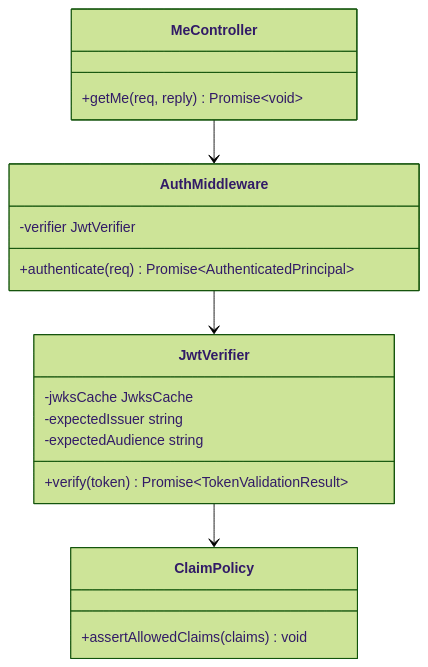
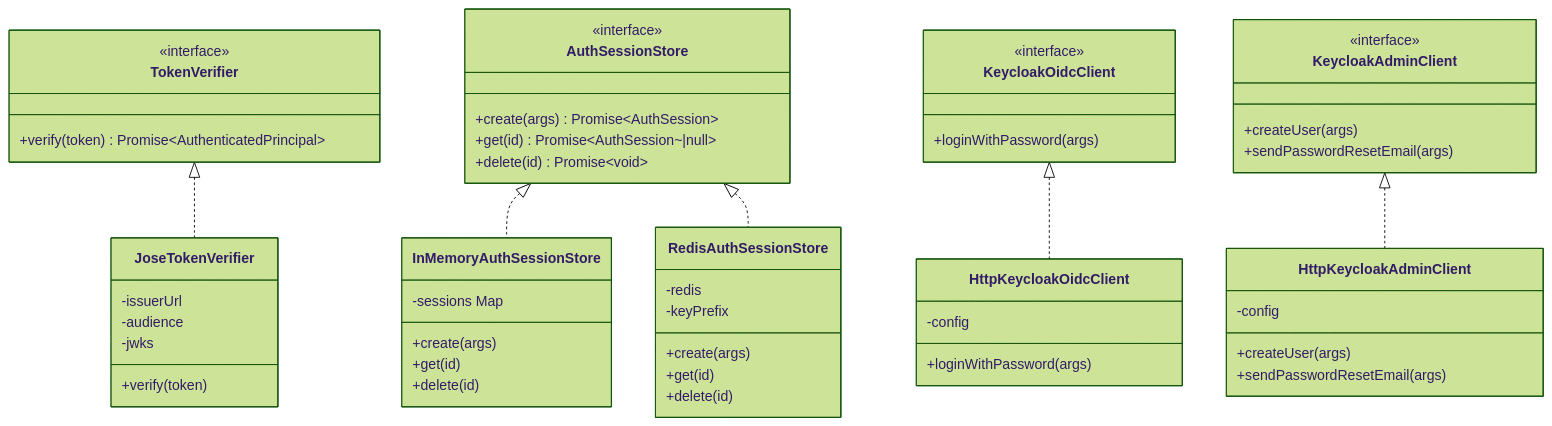
Before and after one commit to TommyKolb/GlossaDocs: the second of 2 diagrams in docs/architecture/modules/identity-access-module.md, drawn with Mermaid (forest theme). The commit also changed other lines of this file and 10 other files, not shown here.

````diff
--- a/docs/architecture/modules/identity-access-module.md
+++ b/docs/architecture/modules/identity-access-module.md
@@ -70,22 +214,55 @@
 ```mermaid
 classDiagram
-  class AuthMiddleware {
-    +authenticate(req) Promise~AuthenticatedPrincipal~
-    -verifier JwtVerifier
+  class TokenVerifier {
+    <<interface>>
+    +verify(token) Promise~AuthenticatedPrincipal~
   }
-  class JwtVerifier {
-    +verify(token) Promise~TokenValidationResult~
-    -jwksCache JwksCache
-    -expectedIssuer string
-    -expectedAudience string
+  class JoseTokenVerifier {
+    -issuerUrl
+    -audience
+    -jwks
+    +verify(token)
   }
-  class ClaimPolicy {
-    +assertAllowedClaims(claims) void
+  class AuthSessionStore {
+    <<interface>>
+    +create(args) Promise~AuthSession~
+    +get(id) Promise~AuthSession~|null~
+    +delete(id) Promise~void~
   }
-  class MeController {
-    +getMe(req, reply) Promise~void~
+  class InMemoryAuthSessionStore {
+    -sessions Map
+    +create(args)
+    +get(id)
+    +delete(id)
   }
-  AuthMiddleware --> JwtVerifier
-  JwtVerifier --> ClaimPolicy
-  MeController --> AuthMiddleware
+  class RedisAuthSessionStore {
+    -redis
+    -keyPrefix
+    +create(args)
+    +get(id)
+    +delete(id)
+  }
+  class KeycloakOidcClient {
+    <<interface>>
+    +loginWithPassword(args)
+  }
+  class HttpKeycloakOidcClient {
+    -config
+    +loginWithPassword(args)
+  }
+  class KeycloakAdminClient {
+    <<interface>>
+    +createUser(args)
+    +sendPasswordResetEmail(args)
+  }
+  class HttpKeycloakAdminClient {
+    -config
+    +createUser(args)
+    +sendPasswordResetEmail(args)
+  }
+  TokenVerifier <|.. JoseTokenVerifier
+  AuthSessionStore <|.. InMemoryAuthSessionStore
+  AuthSessionStore <|.. RedisAuthSessionStore
+  KeycloakOidcClient <|.. HttpKeycloakOidcClient
+  KeycloakAdminClient <|.. HttpKeycloakAdminClient
 ```
````
